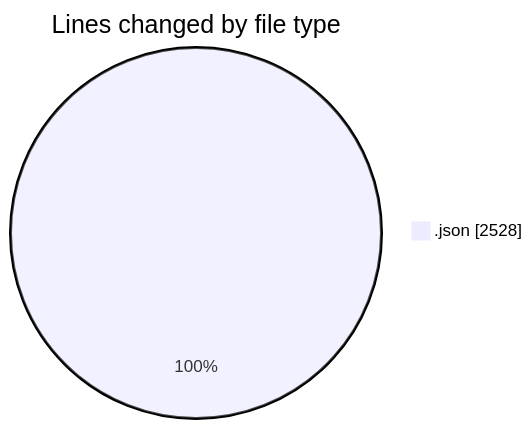
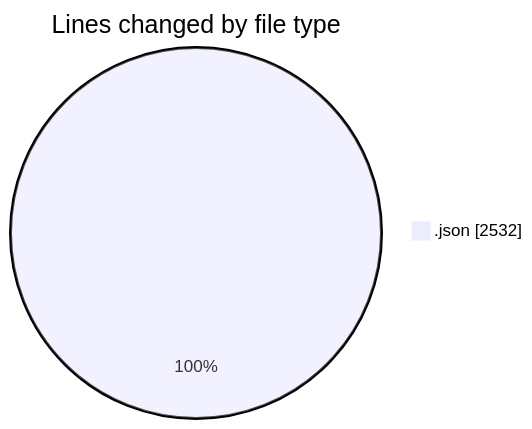
Before and after one commit to EIIisD/code-tracking: the first of 2 diagrams in 2025-07-28/_claude/README.md, drawn with Mermaid. The commit also changed other lines of this file and 1 other file, not shown here.

````diff
--- a/2025-07-28/_claude/README.md
+++ b/2025-07-28/_claude/README.md
@@ -20,5 +20,5 @@
 ```mermaid
 pie showData
 title Lines changed by file type
-".json" : 2528
+".json" : 2532
 ```
````
